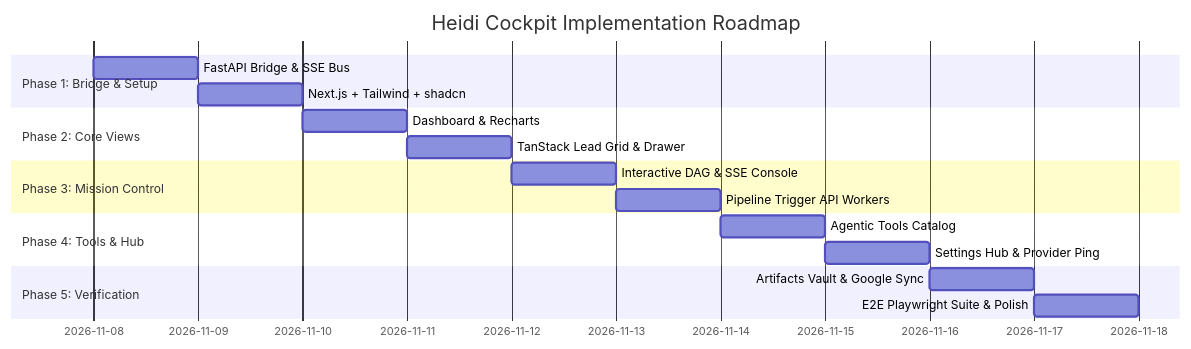
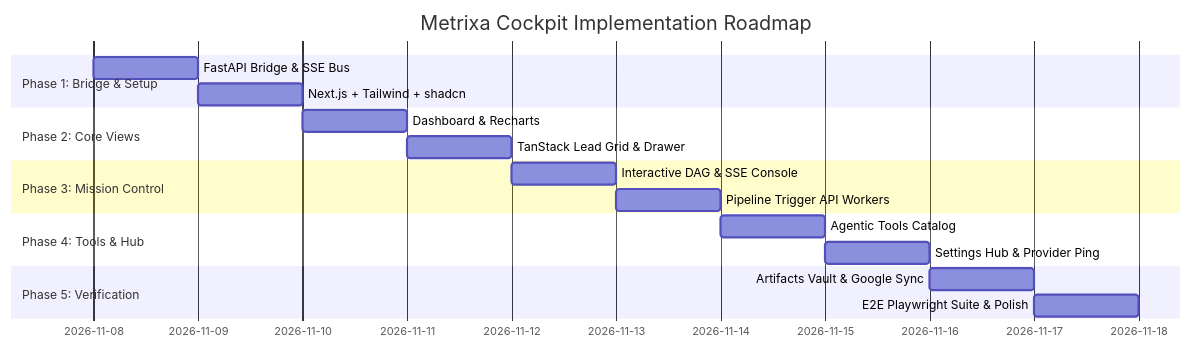
The diagram in docs/Web Plan/05_PHASED_IMPLEMENTATION_PLAN_AND_ROADMAP.md (sainibhaowal/Metrixa-Systems), drawn with Mermaid before and after one commit. The commit also changed other lines of this file and 66 other files, not shown here.

````diff
--- a/docs/Web Plan/05_PHASED_IMPLEMENTATION_PLAN_AND_ROADMAP.md
+++ b/docs/Web Plan/05_PHASED_IMPLEMENTATION_PLAN_AND_ROADMAP.md
@@ -13,20 +13,20 @@
 ```mermaid
 gantt
-    title Heidi Cockpit Implementation Roadmap
+    title Metrixa Cockpit Implementation Roadmap
     dateFormat  YYYY-MM-DD
     section Phase 1: Bridge & Setup
     FastAPI Bridge & SSE Bus       :p1_1, 2026-11-08, 1d
     Next.js + Tailwind + shadcn    :p1_2, after p1_1, 1d
     section Phase 2: Core Views
     Dashboard & Recharts           :p2_1, after p1_2, 1d
     TanStack Lead Grid & Drawer    :p2_2, after p2_1, 1d
     section Phase 3: Mission Control
     Interactive DAG & SSE Console  :p3_1, after p2_2, 1d
     Pipeline Trigger API Workers   :p3_2, after p3_1, 1d
     section Phase 4: Tools & Hub
     Agentic Tools Catalog          :p4_1, after p3_2, 1d
     Settings Hub & Provider Ping   :p4_2, after p4_1, 1d
     section Phase 5: Verification
     Artifacts Vault & Google Sync  :p5_1, after p4_2, 1d
     E2E Playwright Suite & Polish  :p5_2, after p5_1, 1d
 ```
````
